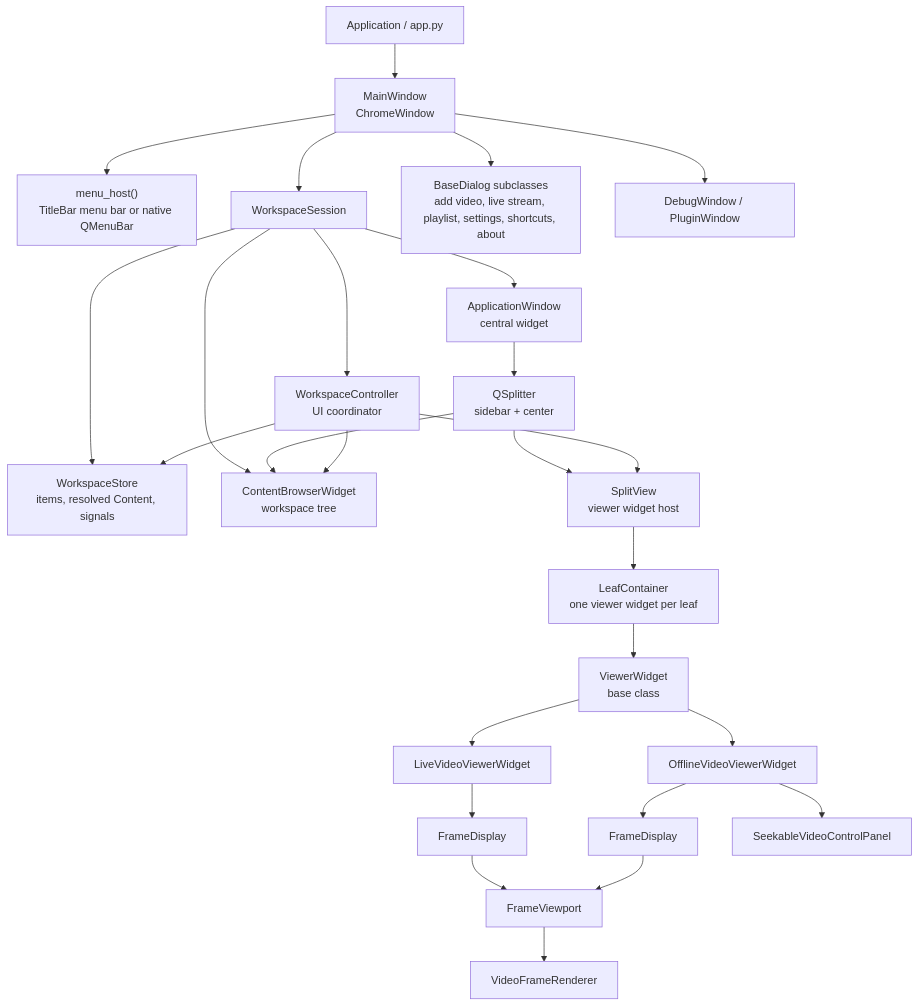
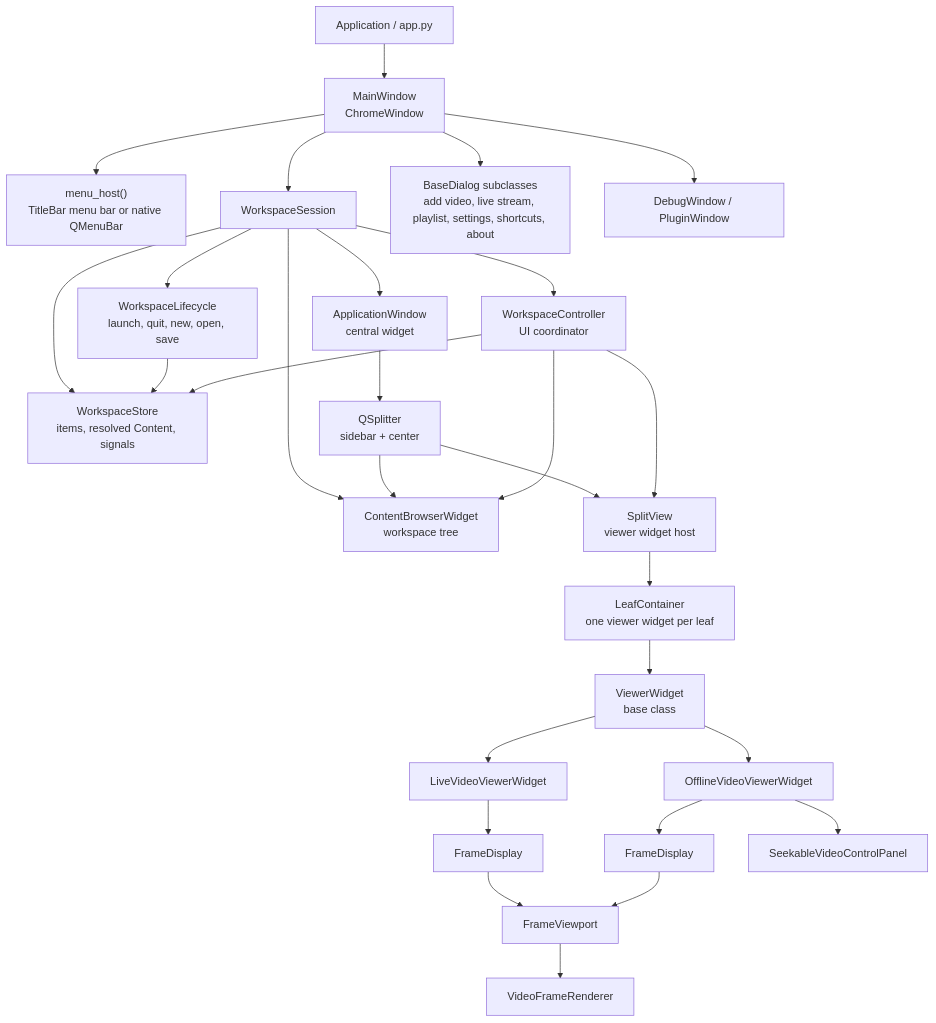
One commit to RasmusRynell/ax-devil changed the first of 3 diagrams in docs/architecture/ui-framework.md. Above: the diagram before and after it, drawn with Mermaid. The commit also changed other lines of this file and 5 other files, not shown here.

````diff
--- a/docs/architecture/ui-framework.md
+++ b/docs/architecture/ui-framework.md
@@ -7,33 +7,35 @@
 ```mermaid
 flowchart TD
     App["Application / app.py"] --> MainWindow["MainWindow<br/>ChromeWindow"]
     MainWindow --> MenuHost["menu_host()<br/>TitleBar menu bar or native QMenuBar"]
     MainWindow --> WorkspaceSession["WorkspaceSession"]
     MainWindow --> Dialogs["BaseDialog subclasses<br/>add video, live stream, playlist, settings, shortcuts, about"]
     MainWindow --> DebugWindows["DebugWindow / PluginWindow"]
 
     WorkspaceSession --> WorkspaceStore["WorkspaceStore<br/>items, resolved Content, signals"]
+    WorkspaceSession --> WorkspaceLifecycle["WorkspaceLifecycle<br/>launch, quit, new, open, save"]
+    WorkspaceLifecycle --> WorkspaceStore
     WorkspaceSession --> ApplicationWindow["ApplicationWindow<br/>central widget"]
     WorkspaceSession --> WorkspaceController["WorkspaceController<br/>UI coordinator"]
     WorkspaceSession --> ContentBrowser["ContentBrowserWidget<br/>workspace tree"]
 
     ApplicationWindow --> HorizontalSplitter["QSplitter<br/>sidebar + center"]
     HorizontalSplitter --> ContentBrowser
     HorizontalSplitter --> SplitView["SplitView<br/>viewer widget host"]
 
     WorkspaceController --> SplitView
     WorkspaceController --> WorkspaceStore
     WorkspaceController --> ContentBrowser
 
     SplitView --> LeafContainer["LeafContainer<br/>one viewer widget per leaf"]
     LeafContainer --> ViewerWidget["ViewerWidget<br/>base class"]
     ViewerWidget --> LiveViewer["LiveVideoViewerWidget"]
     ViewerWidget --> OfflineViewer["OfflineVideoViewerWidget"]
 
     LiveViewer --> LiveDisplay["FrameDisplay"]
     OfflineViewer --> OfflineDisplay["FrameDisplay"]
     OfflineViewer --> SeekControls["SeekableVideoControlPanel"]
     LiveDisplay --> FrameViewport
     OfflineDisplay --> FrameViewport
     FrameViewport --> Renderer["VideoFrameRenderer"]
 ```
````
